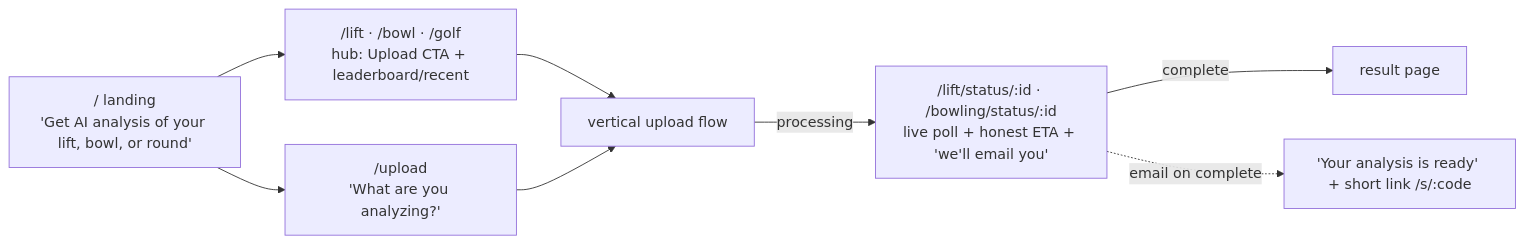
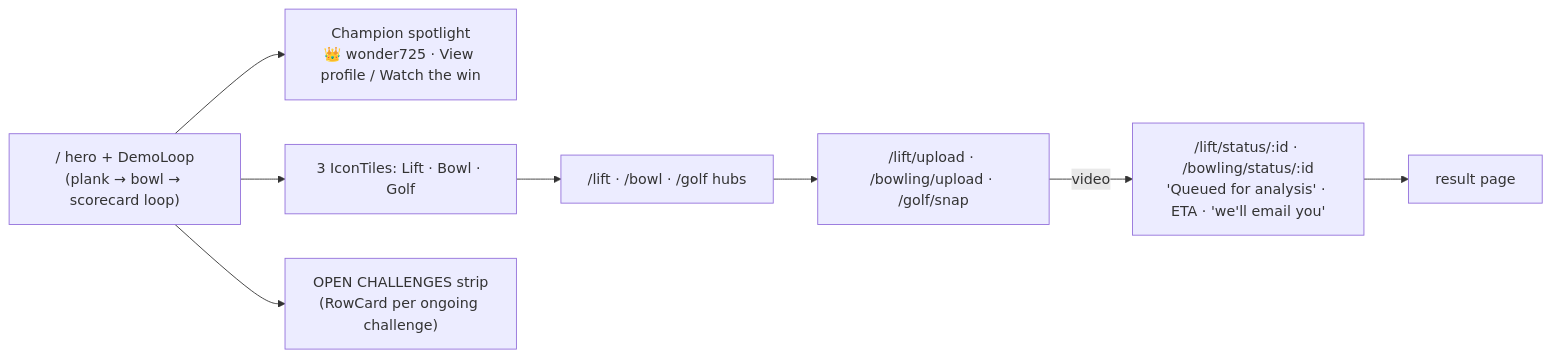
Before and after one commit to robert23kim/toms-gym: the first of 3 diagrams in docs/site-map/README.md, drawn with Mermaid. The commit also changed other lines of this file and 46 other files, not shown here.

````diff
--- a/docs/site-map/README.md
+++ b/docs/site-map/README.md
@@ -62,10 +55,10 @@
 ```mermaid
 flowchart LR
-    H["/ landing\n'Get AI analysis of your lift, bowl, or round'"] --> HUB["/lift · /bowl · /golf\nhub: Upload CTA + leaderboard/recent"]
-    H --> CH["/upload\n'What are you analyzing?'"]
-    HUB --> UP[vertical upload flow]
-    CH --> UP
-    UP -->|processing| ST["/lift/status/:id · /bowling/status/:id\nlive poll + honest ETA + 'we'll email you'"]
-    ST -->|complete| RES[result page]
-    ST -.->|email on complete| MAIL["'Your analysis is ready' + short link /s/:code"]
+    H["/ hero + DemoLoop\n(plank → bowl → scorecard loop)"] --> SP["Champion spotlight\n👑 wonder725 · View profile / Watch the win"]
+    H --> T["3 IconTiles: Lift · Bowl · Golf"]
+    H --> OC["OPEN CHALLENGES strip\n(RowCard per ongoing challenge)"]
+    T --> HUB["/lift · /bowl · /golf hubs"]
+    HUB --> UP["/lift/upload · /bowling/upload · /golf/snap"]
+    UP -->|video| ST["/lift/status/:id · /bowling/status/:id\n'Queued for analysis' · ETA · 'we'll email you'"]
+    ST --> RES[result page]
 ```
````
